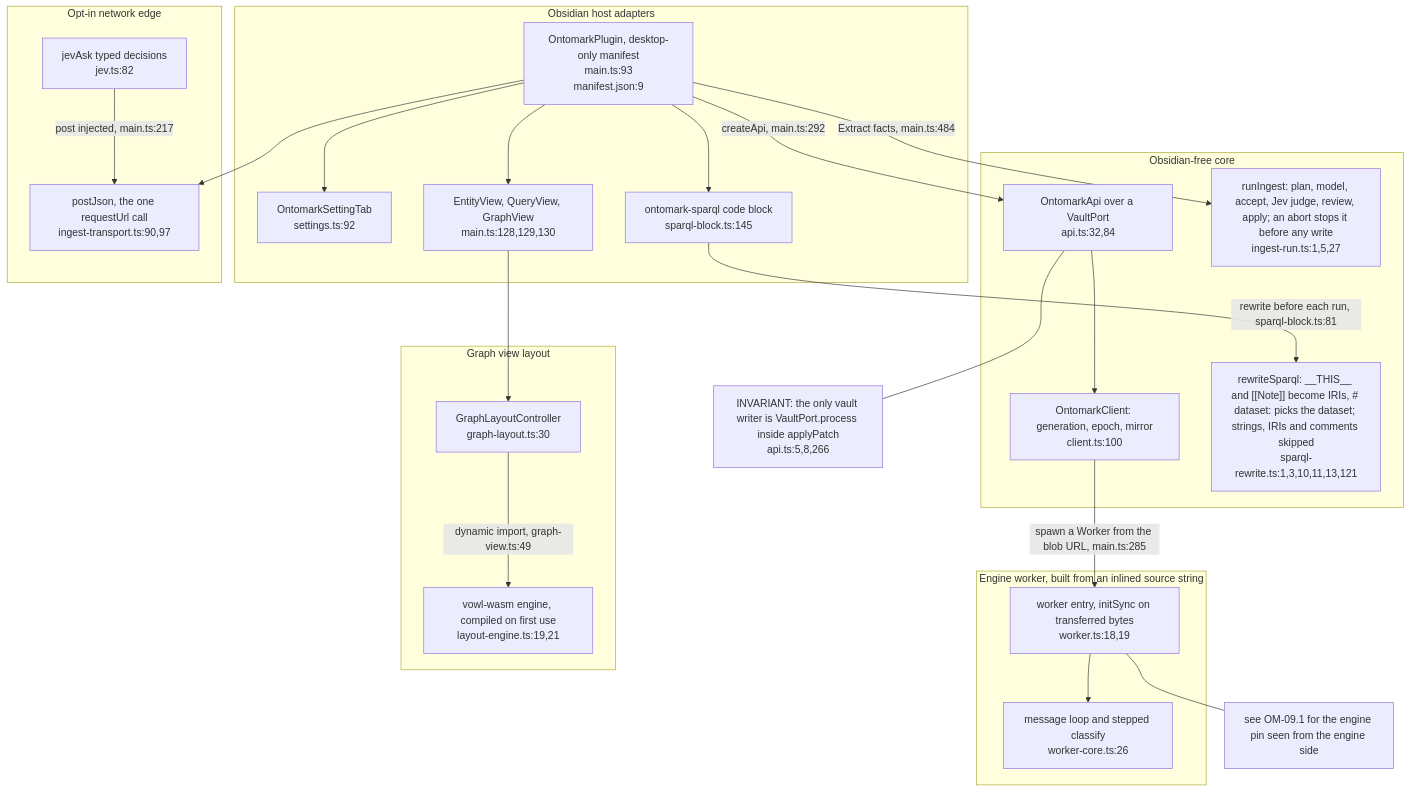
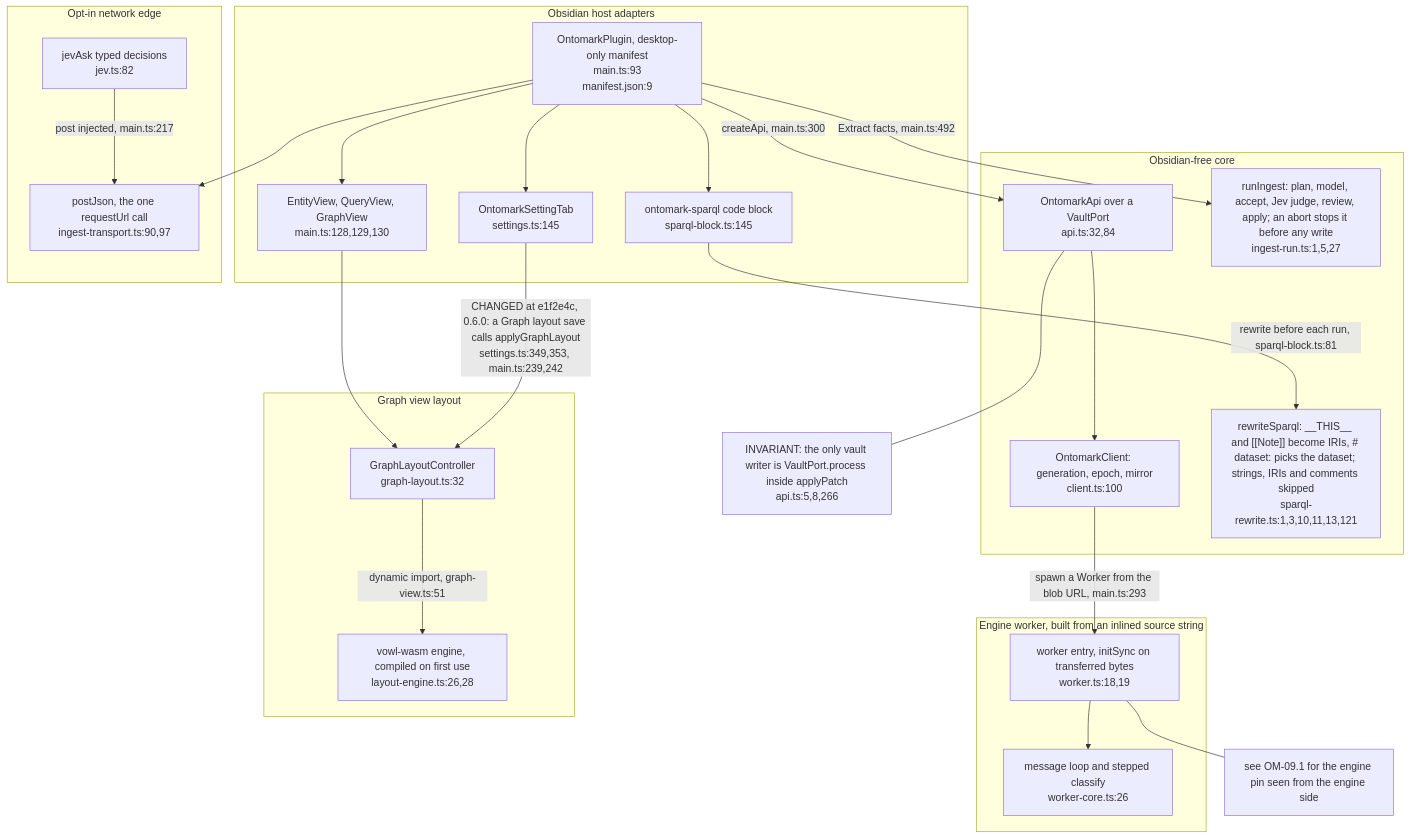
Before and after one commit to DreamLab-AI/VisionFlow: the first of 4 diagrams in docs/diagrams/ontomark-obsidian/01-plugin-anatomy-and-lifecycle.md, drawn with Mermaid. The commit also changed other lines of this file and 20 other files, not shown here.

First line of the commit message:
docs(diagrams): ontomark and ontomark-obsidian re-verified (graph 0.4.0, plugin 0.6.0)

````diff
--- a/docs/diagrams/ontomark-obsidian/01-plugin-anatomy-and-lifecycle.md
+++ b/docs/diagrams/ontomark-obsidian/01-plugin-anatomy-and-lifecycle.md
@@ -33,44 +33,45 @@
 ```mermaid
 flowchart TD
     subgraph HOST["Obsidian host adapters"]
         MAIN["OntomarkPlugin, desktop-only manifest<br/>main.ts:93<br/>manifest.json:9"]
-        SET["OntomarkSettingTab<br/>settings.ts:92"]
+        SET["OntomarkSettingTab<br/>settings.ts:145"]
         VIEWS["EntityView, QueryView, GraphView<br/>main.ts:128,129,130"]
         BLOCK["ontomark-sparql code block<br/>sparql-block.ts:145"]
     end
     subgraph CORE["Obsidian-free core"]
         API["OntomarkApi over a VaultPort<br/>api.ts:32,84"]
         CLI["OntomarkClient: generation, epoch, mirror<br/>client.ts:100"]
         RW["rewriteSparql: __THIS__ and [[Note]] become IRIs, # dataset: picks the dataset; strings, IRIs and comments skipped<br/>sparql-rewrite.ts:1,3,10,11,13,121"]
         IR["runIngest: plan, model, accept, Jev judge, review, apply; an abort stops it before any write<br/>ingest-run.ts:1,5,27"]
     end
     subgraph WORK["Engine worker, built from an inlined source string"]
         WK["worker entry, initSync on transferred bytes<br/>worker.ts:18,19"]
         WC["message loop and stepped classify<br/>worker-core.ts:26"]
     end
     subgraph NET["Opt-in network edge"]
         TR["postJson, the one requestUrl call<br/>ingest-transport.ts:90,97"]
         JEV["jevAsk typed decisions<br/>jev.ts:82"]
     end
     subgraph GR["Graph view layout"]
-        GLC["GraphLayoutController<br/>graph-layout.ts:30"]
-        LE["vowl-wasm engine, compiled on first use<br/>layout-engine.ts:19,21"]
+        GLC["GraphLayoutController<br/>graph-layout.ts:32"]
+        LE["vowl-wasm engine, compiled on first use<br/>layout-engine.ts:26,28"]
     end
     MAIN --> SET
     MAIN --> VIEWS
     MAIN --> BLOCK
     BLOCK -->|"rewrite before each run, sparql-block.ts:81"| RW
-    MAIN -->|"Extract facts, main.ts:484"| IR
-    MAIN -->|"createApi, main.ts:292"| API
+    MAIN -->|"Extract facts, main.ts:492"| IR
+    MAIN -->|"createApi, main.ts:300"| API
     API --> CLI
-    CLI -->|"spawn a Worker from the blob URL, main.ts:285"| WK
+    CLI -->|"spawn a Worker from the blob URL, main.ts:293"| WK
     WK --> WC
     MAIN --> TR
     JEV -->|"post injected, main.ts:217"| TR
     VIEWS --> GLC
-    GLC -->|"dynamic import, graph-view.ts:49"| LE
+    GLC -->|"dynamic import, graph-view.ts:51"| LE
+    SET -->|"CHANGED at e1f2e4c, 0.6.0: a Graph layout save calls applyGraphLayout<br/>settings.ts:349,353, main.ts:239,242"| GLC
     INV["INVARIANT: the only vault writer is VaultPort.process inside applyPatch<br/>api.ts:5,8,266"]
     API --- INV
     NOTE["see OM-09.1 for the engine pin seen from the engine side"]
     WK --- NOTE
 ```
````
